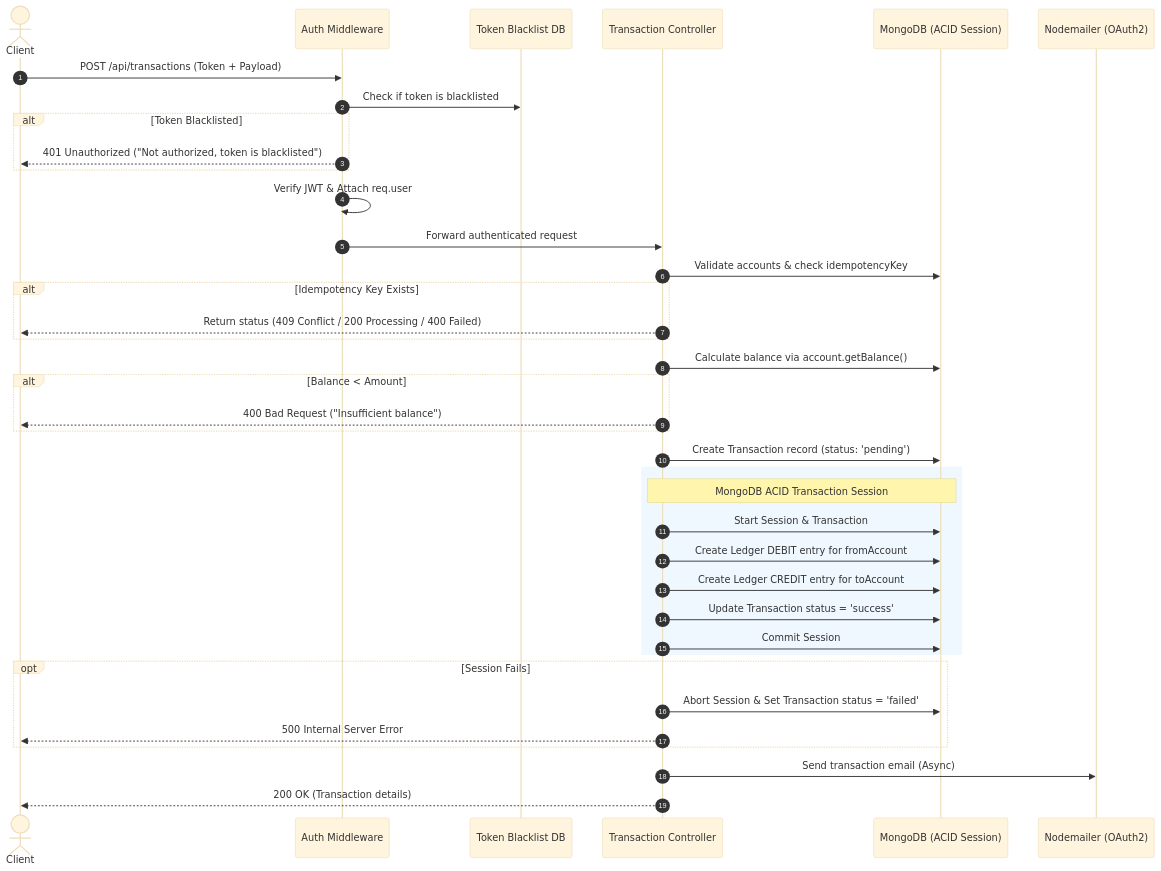
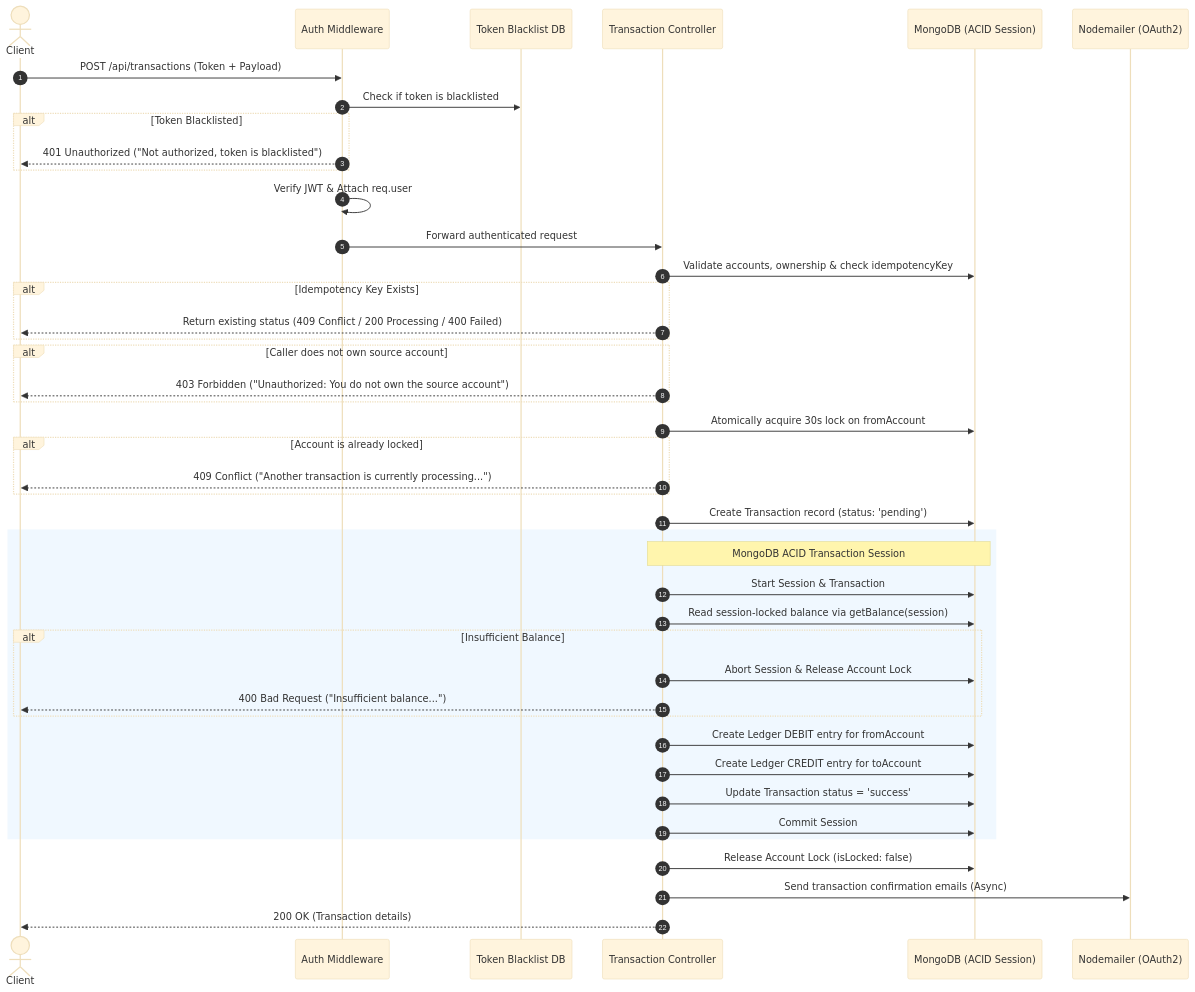
The first of 2 diagrams in README.md (Himanshux07/transaction-ledger-api), drawn with Mermaid (base theme) before and after one commit. The commit also changed other lines of this file, not shown here.

Commit message:
docs: update README with atomic account locking, concurrency details, and transaction history pagination specifications

````diff
--- a/README.md
+++ b/README.md
@@ -63,47 +65,51 @@
 ```mermaid
 sequenceDiagram
     autonumber
     actor Client
     participant Auth as Auth Middleware
     participant Blacklist as Token Blacklist DB
     participant Controller as Transaction Controller
     participant DB as MongoDB (ACID Session)
     participant Email as Nodemailer (OAuth2)
 
     Client->>Auth: POST /api/transactions (Token + Payload)
     Auth->>Blacklist: Check if token is blacklisted
     alt Token Blacklisted
         Auth-->>Client: 401 Unauthorized ("Not authorized, token is blacklisted")
     end
     Auth->>Auth: Verify JWT & Attach req.user
     Auth->>Controller: Forward authenticated request
 
-    Controller->>DB: Validate accounts & check idempotencyKey
+    Controller->>DB: Validate accounts, ownership & check idempotencyKey
     alt Idempotency Key Exists
-        Controller-->>Client: Return status (409 Conflict / 200 Processing / 400 Failed)
+        Controller-->>Client: Return existing status (409 Conflict / 200 Processing / 400 Failed)
+    end
+    alt Caller does not own source account
+        Controller-->>Client: 403 Forbidden ("Unauthorized: You do not own the source account")
     end
 
-    Controller->>DB: Calculate balance via account.getBalance()
-    alt Balance < Amount
-        Controller-->>Client: 400 Bad Request ("Insufficient balance")
+    Controller->>DB: Atomically acquire 30s lock on fromAccount
+    alt Account is already locked
+        Controller-->>Client: 409 Conflict ("Another transaction is currently processing...")
     end
 
     Controller->>DB: Create Transaction record (status: 'pending')
     
     rect rgb(240, 248, 255)
         Note over Controller,DB: MongoDB ACID Transaction Session
         Controller->>DB: Start Session & Transaction
+        Controller->>DB: Read session-locked balance via getBalance(session)
+        alt Insufficient Balance
+            Controller->>DB: Abort Session & Release Account Lock
+            Controller-->>Client: 400 Bad Request ("Insufficient balance...")
+        end
         Controller->>DB: Create Ledger DEBIT entry for fromAccount
         Controller->>DB: Create Ledger CREDIT entry for toAccount
         Controller->>DB: Update Transaction status = 'success'
         Controller->>DB: Commit Session
     end
 
-    opt Session Fails
-        Controller->>DB: Abort Session & Set Transaction status = 'failed'
-        Controller-->>Client: 500 Internal Server Error
-    end
-
-    Controller->>Email: Send transaction email (Async)
+    Controller->>DB: Release Account Lock (isLocked: false)
+    Controller->>Email: Send transaction confirmation emails (Async)
     Controller-->>Client: 200 OK (Transaction details)
 ```
````
